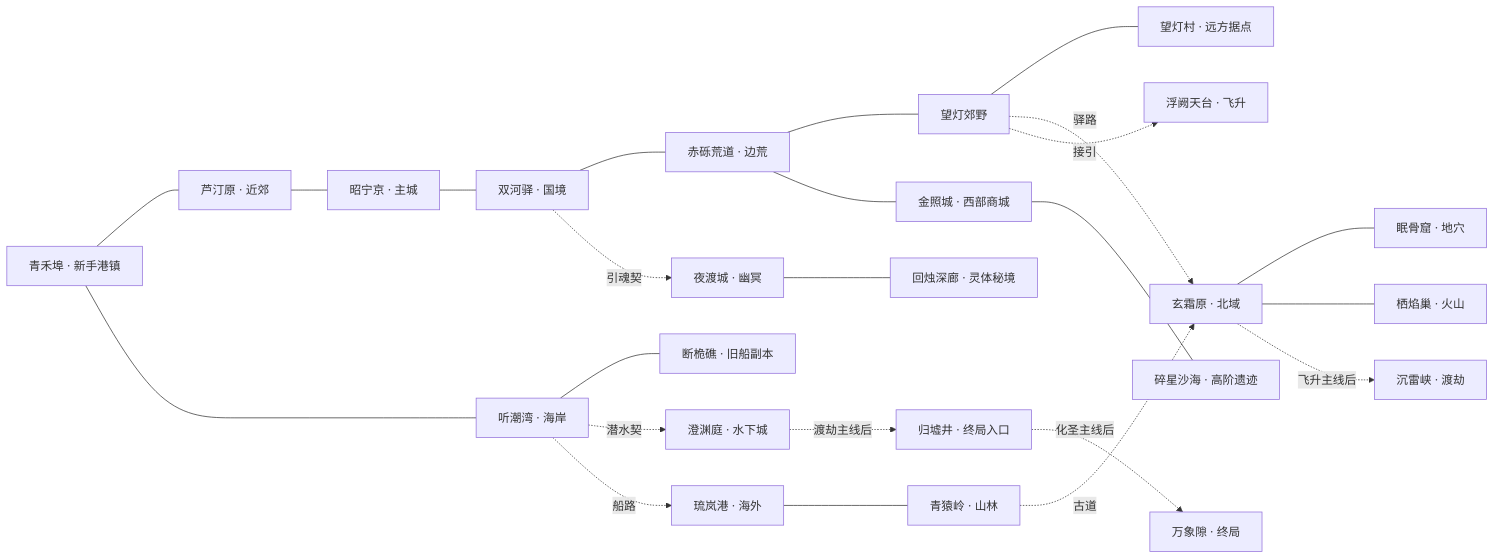
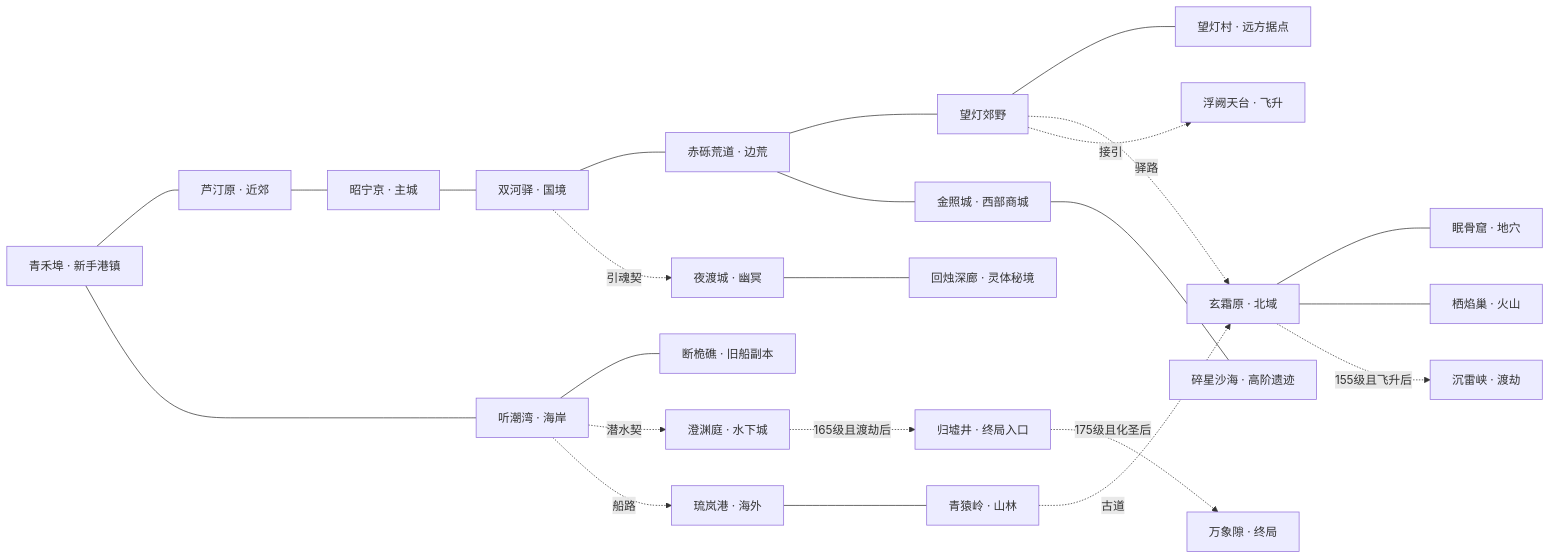
Before and after one commit to PengChengWen/Fantasy-Westward-Journey: the diagram in docs/世界地图与区域设计.md, drawn with Mermaid. The commit also changed other lines of this file and 11 other files, not shown here.

````diff
--- a/docs/世界地图与区域设计.md
+++ b/docs/世界地图与区域设计.md
@@ -11,26 +11,26 @@
 ```mermaid
 flowchart LR
     QH["青禾埠 · 新手港镇"] --- LT["芦汀原 · 近郊"]
     LT --- ZN["昭宁京 · 主城"]
     ZN --- SH["双河驿 · 国境"]
     SH --- CL["赤砾荒道 · 边荒"]
     CL --- WD["望灯郊野"]
     WD --- WC["望灯村 · 远方据点"]
     QH --- TC["听潮湾 · 海岸"]
     TC --- DJ["断桅礁 · 旧船副本"]
     TC -. "潜水契" .-> CY["澄渊庭 · 水下城"]
     TC -. "船路" .-> LL["琉岚港 · 海外"]
     LL --- QY["青猿岭 · 山林"]
     QY -. "古道" .-> XS["玄霜原 · 北域"]
     WD -. "驿路" .-> XS
     XS --- MG["眠骨窟 · 地穴"]
     XS --- QYAO["栖焰巢 · 火山"]
     WD -. "接引" .-> FQ["浮阙天台 · 飞升"]
     SH -. "引魂契" .-> YD["夜渡城 · 幽冥"]
     YD --- HZ["回烛深廊 · 灵体秘境"]
     CL --- JZ["金照城 · 西部商城"]
     JZ --- SS["碎星沙海 · 高阶遗迹"]
-    XS -. "飞升主线后" .-> SL["沉雷峡 · 渡劫"]
-    CY -. "渡劫主线后" .-> GX["归墟井 · 终局入口"]
-    GX -. "化圣主线后" .-> WX["万象隙 · 终局"]
+    XS -. "155级且飞升后" .-> SL["沉雷峡 · 渡劫"]
+    CY -. "165级且渡劫后" .-> GX["归墟井 · 终局入口"]
+    GX -. "175级且化圣后" .-> WX["万象隙 · 终局"]
 ```
````
